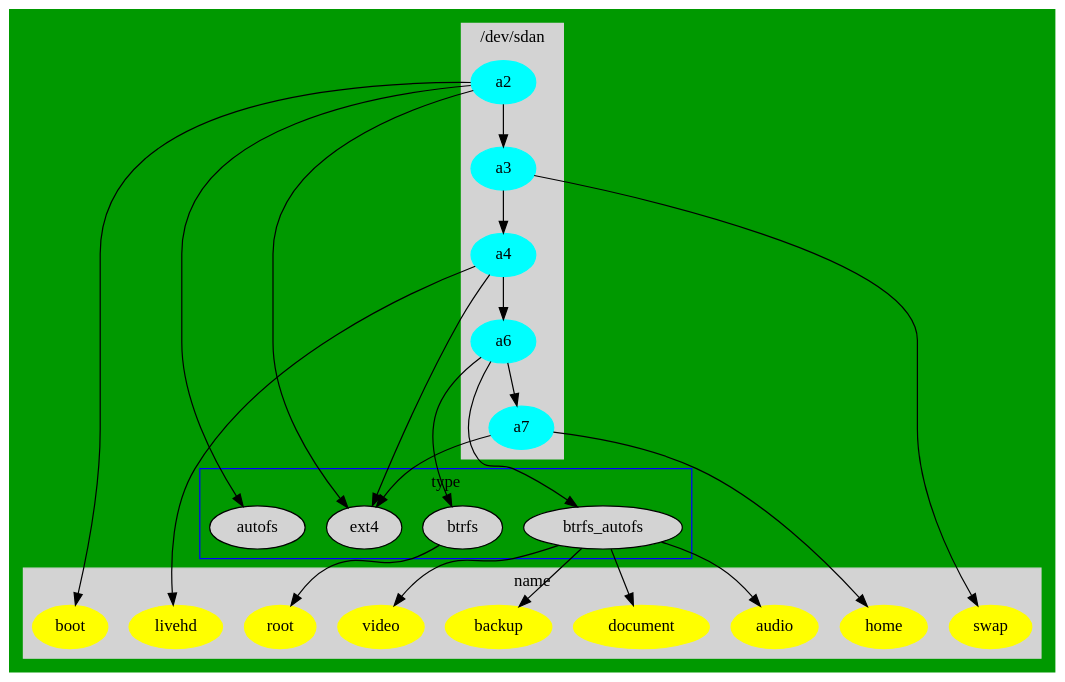
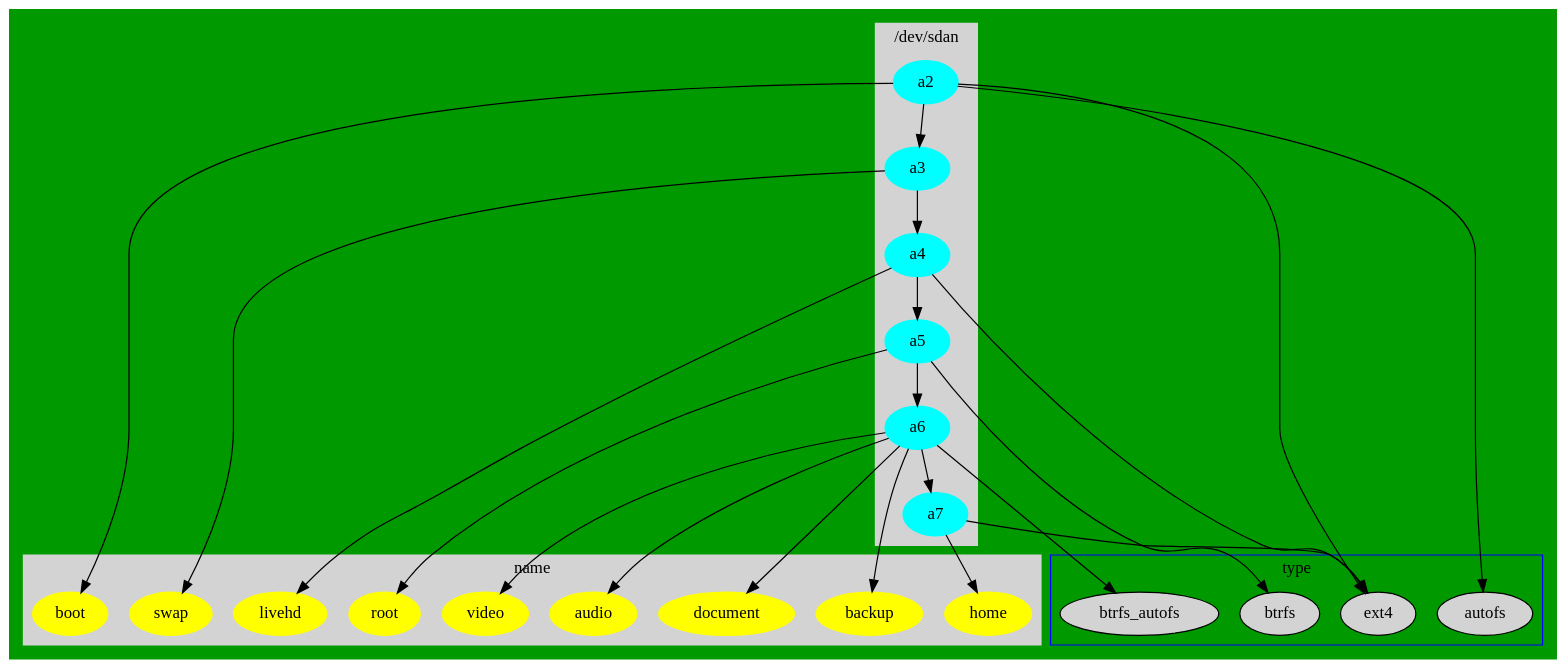
Before and after one commit to cdede/dotfiles: the diagram in dot/.config/dupl/parted.dot, drawn with Graphviz.

```diff
--- a/dot/.config/dupl/parted.dot
+++ b/dot/.config/dupl/parted.dot
@@ -1,53 +1,53 @@
 // dot -Tpng  parted.dot -o line1.png
 digraph G {
   bgcolor ="#009900";
 
 	subgraph cluster_0 {
 		style=filled;
 		color=lightgrey;
 		node [style=filled,color=cyan];
-		a2 -> a3 -> a4 -> a6->a7;
+		a2 -> a3 -> a4 -> a5->a6->a7;
 		label = "/dev/sdan";
 	}
 
 	subgraph cluster_1 {
 		node [style=filled];
 		btrfs;
                 ext4;
                 autofs;
                 btrfs_autofs;
 		label = "type";
 		color=blue
 	}
 	subgraph cluster_2 {
 		style=filled;
 		color=lightgrey;
 		node [style=filled,color=yellow];
 		boot;
 		backup;
                 livehd;
 		root ;
 		swap;
 		home;
                 video;
                 audio;
                 document;
 		label = "name";
 	}
 
 	a2 -> boot;
 	a2 -> ext4;
 	a2 -> autofs;
         a3 -> swap ;
         a4 ->livehd;
         a4 ->ext4;
+        a5 -> root ;
+	a5 -> btrfs;
+	a6 -> btrfs_autofs;
+        a6 ->backup;
+        a6 ->audio;
+        a6 ->video;
+        a6 ->document;
         a7 -> ext4;
         a7 -> home;
-	a6 -> btrfs;
-	a6 -> btrfs_autofs;
-        btrfs -> root ;
-        btrfs_autofs ->backup;
-        btrfs_autofs ->audio;
-        btrfs_autofs ->video;
-        btrfs_autofs ->document;
 }
```
